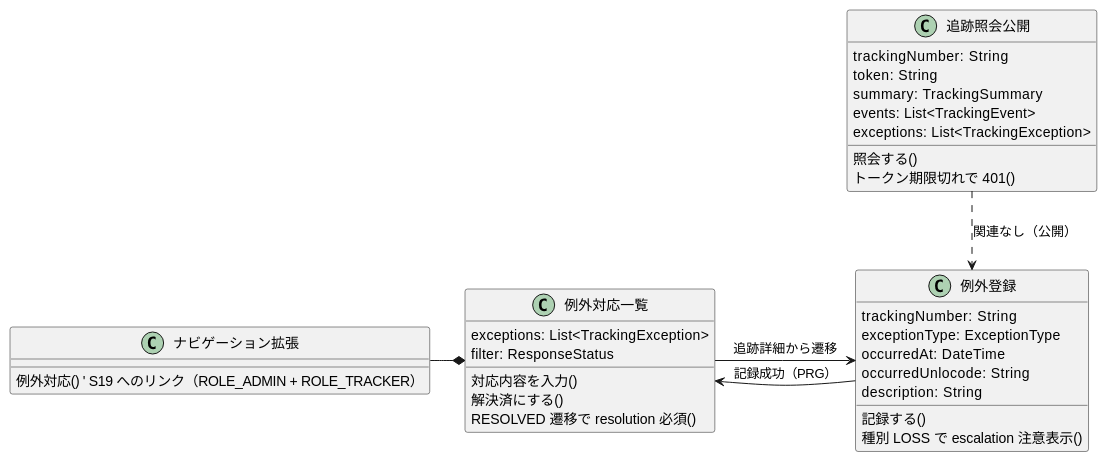
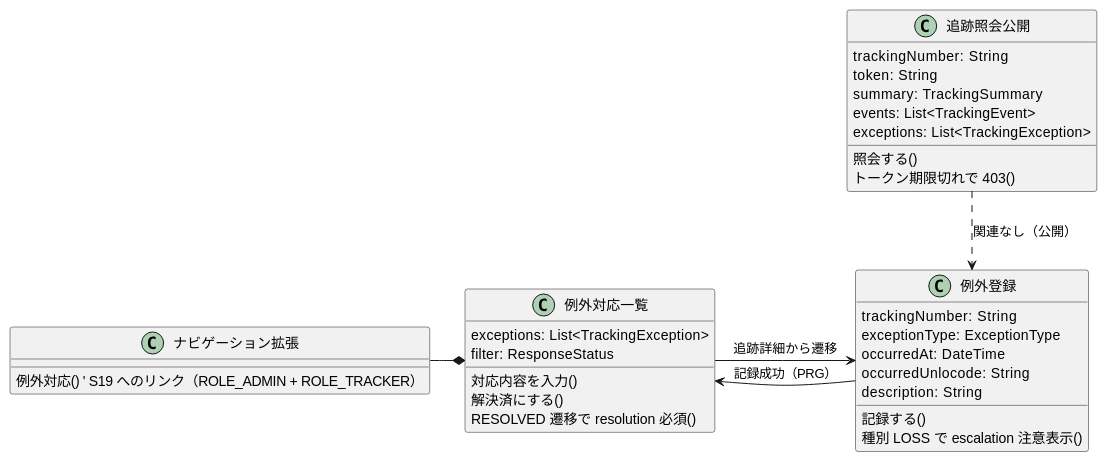
The eighth of 11 diagrams in docs/development/iteration_plan-6.md (k2works/case-study-cargo-tracker), drawn with PlantUML before and after one commit. The commit also changed other lines of this file, not shown here.

````diff
--- a/docs/development/iteration_plan-6.md
+++ b/docs/development/iteration_plan-6.md
@@ -528,40 +545,40 @@
 ```plantuml
 @startuml
 class 追跡照会公開 {
   trackingNumber: String
   token: String
   summary: TrackingSummary
   events: List<TrackingEvent>
   exceptions: List<TrackingException>
   照会する()
-  トークン期限切れで 401()
+  トークン期限切れで 403()
 }
 
 class 例外登録 {
   trackingNumber: String
   exceptionType: ExceptionType
   occurredAt: DateTime
   occurredUnlocode: String
   description: String
   記録する()
   種別 LOSS で escalation 注意表示()
 }
 
 class 例外対応一覧 {
   exceptions: List<TrackingException>
   filter: ResponseStatus
   対応内容を入力()
   解決済にする()
   RESOLVED 遷移で resolution 必須()
 }
 
 class ナビゲーション拡張 {
   例外対応()  ' S19 へのリンク（ROLE_ADMIN + ROLE_TRACKER）
 }
 
 ナビゲーション拡張 -* 例外対応一覧
 例外対応一覧 -> 例外登録 : 追跡詳細から遷移
 例外登録 --> 例外対応一覧 : 記録成功（PRG）
 追跡照会公開 ..> 例外登録 : 関連なし（公開）
 @enduml
 ```
````
